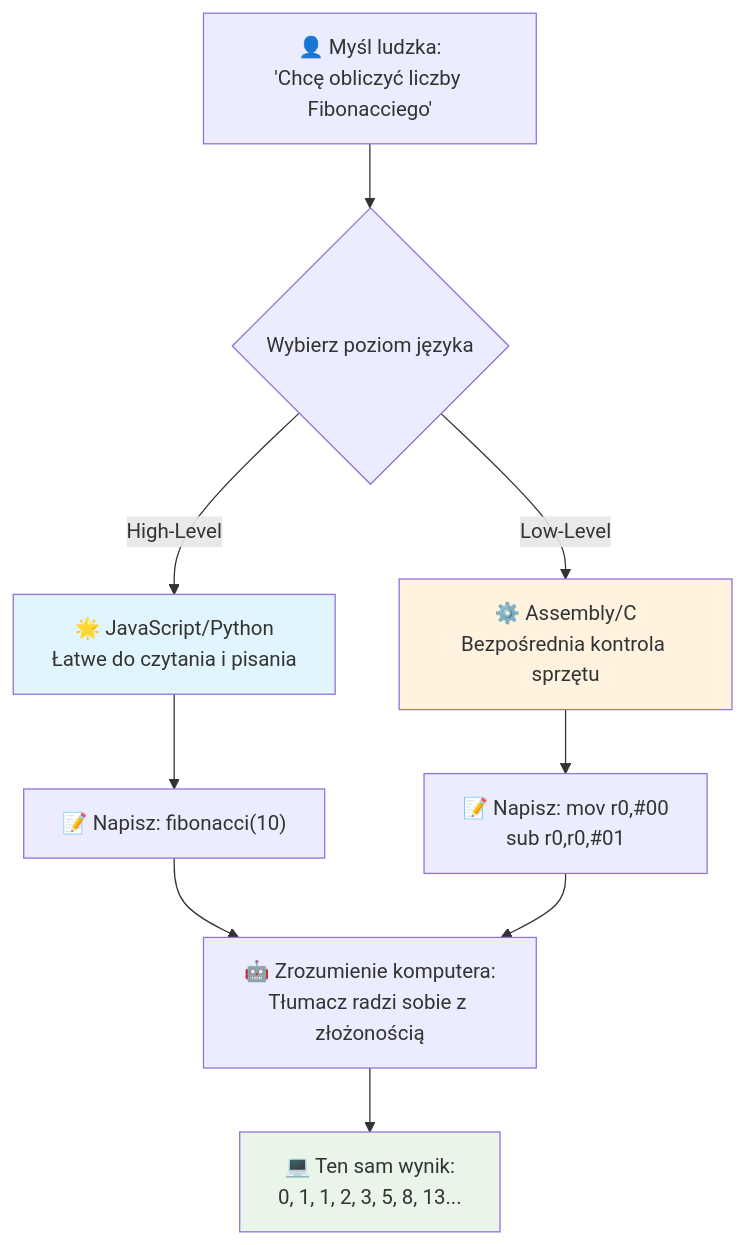
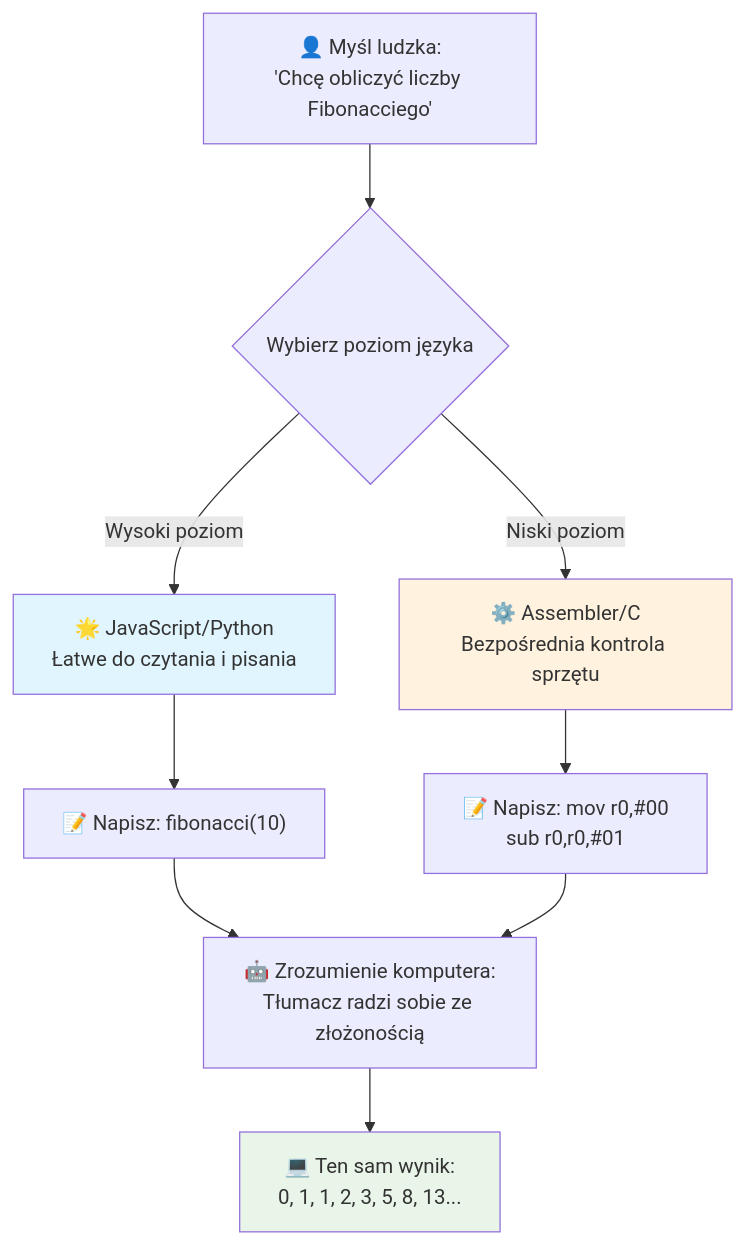
Before and after one commit to microsoft/Web-Dev-For-Beginners: the third of 7 diagrams in translations/pl/1-getting-started-lessons/1-intro-to-programming-languages/README.md, drawn with Mermaid. The commit also changed other lines of this file and 11 other files, not shown here.

````diff
--- a/translations/pl/1-getting-started-lessons/1-intro-to-programming-languages/README.md
+++ b/translations/pl/1-getting-started-lessons/1-intro-to-programming-languages/README.md
@@ -148,19 +148,19 @@
 ```mermaid
 flowchart TB
     A["👤 Myśl ludzka:<br/>'Chcę obliczyć liczby Fibonacciego'"] --> B{Wybierz poziom języka}
     
-    B -->|High-Level| C["🌟 JavaScript/Python<br/>Łatwe do czytania i pisania"]
-    B -->|Low-Level| D["⚙️ Assembly/C<br/>Bezpośrednia kontrola sprzętu"]
+    B -->|Wysoki poziom| C["🌟 JavaScript/Python<br/>Łatwe do czytania i pisania"]
+    B -->|Niski poziom| D["⚙️ Assembler/C<br/>Bezpośrednia kontrola sprzętu"]
     
     C --> E["📝 Napisz: fibonacci(10)"]
     D --> F["📝 Napisz: mov r0,#00<br/>sub r0,r0,#01"]
     
-    E --> G["🤖 Zrozumienie komputera:<br/>Tłumacz radzi sobie z złożonością"]
+    E --> G["🤖 Zrozumienie komputera:<br/>Tłumacz radzi sobie ze złożonością"]
     F --> G
     
     G --> H["💻 Ten sam wynik:<br/>0, 1, 1, 2, 3, 5, 8, 13..."]
     
     style C fill:#e1f5fe
     style D fill:#fff3e0
     style H fill:#e8f5e8
 ```
````
